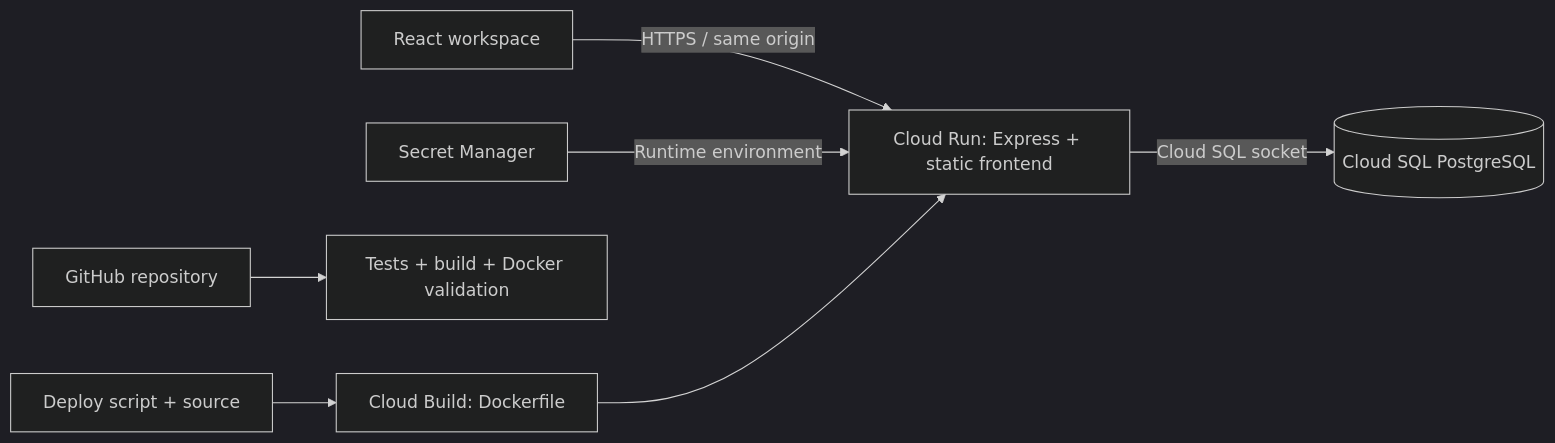
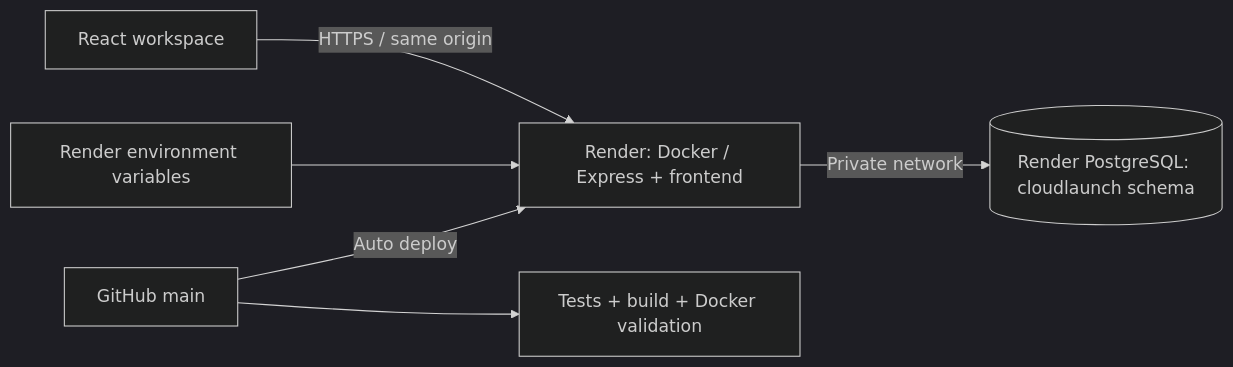
One commit to rachit1807/cloudlaunch changed the diagram in README.md. Above: the diagram before and after it, drawn with Mermaid (dark theme). The commit also changed other lines of this file and 7 other files, not shown here.

````diff
--- a/README.md
+++ b/README.md
@@ -106,9 +114,8 @@
 ```mermaid
 flowchart LR
-    Browser[React workspace] -->|HTTPS / same origin| Run[Cloud Run: Express + static frontend]
-    Run -->|Cloud SQL socket| SQL[(Cloud SQL PostgreSQL)]
-    Secrets[Secret Manager] -->|Runtime environment| Run
-    Git[GitHub repository] --> CI[Tests + build + Docker validation]
-    Source[Deploy script + source] --> Build[Cloud Build: Dockerfile]
-    Build --> Run
+    Browser[React workspace] -->|HTTPS / same origin| Render[Render: Docker / Express + frontend]
+    Render -->|Private network| SQL[(Render PostgreSQL: cloudlaunch schema)]
+    Env[Render environment variables] --> Render
+    Git[GitHub main] --> CI[Tests + build + Docker validation]
+    Git -->|Auto deploy| Render
 ```
````
